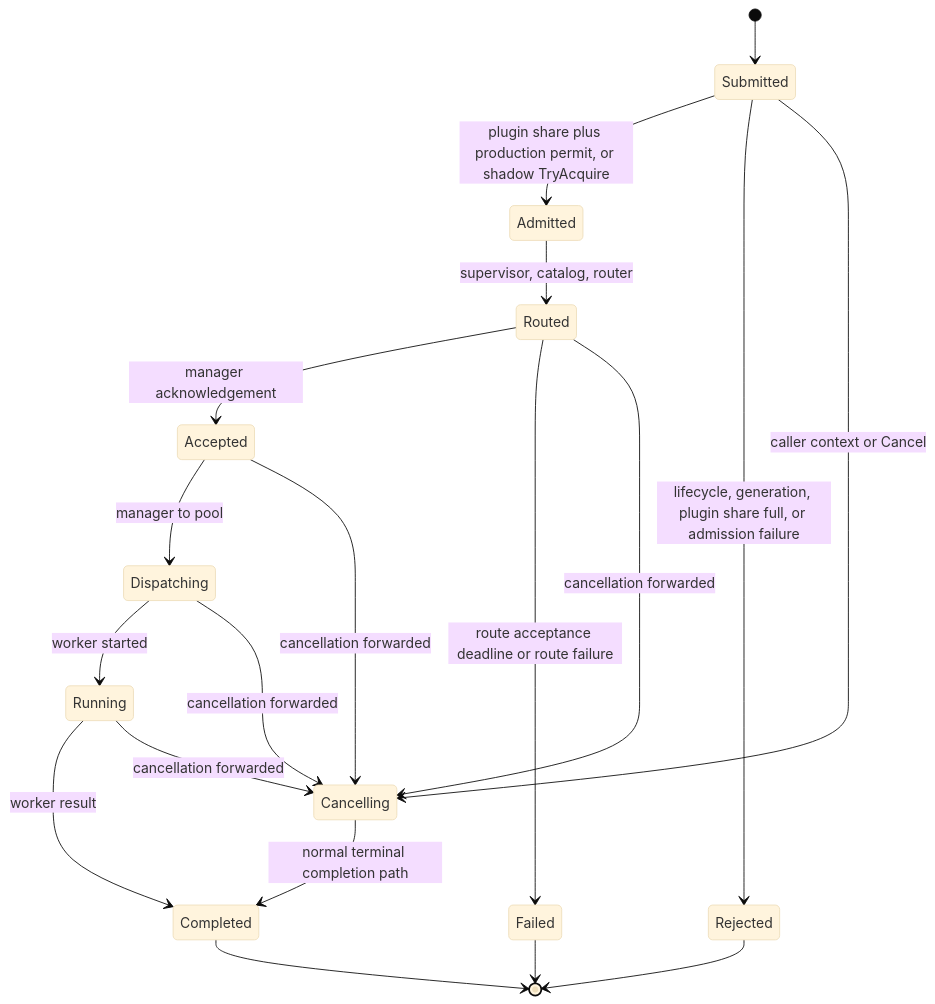
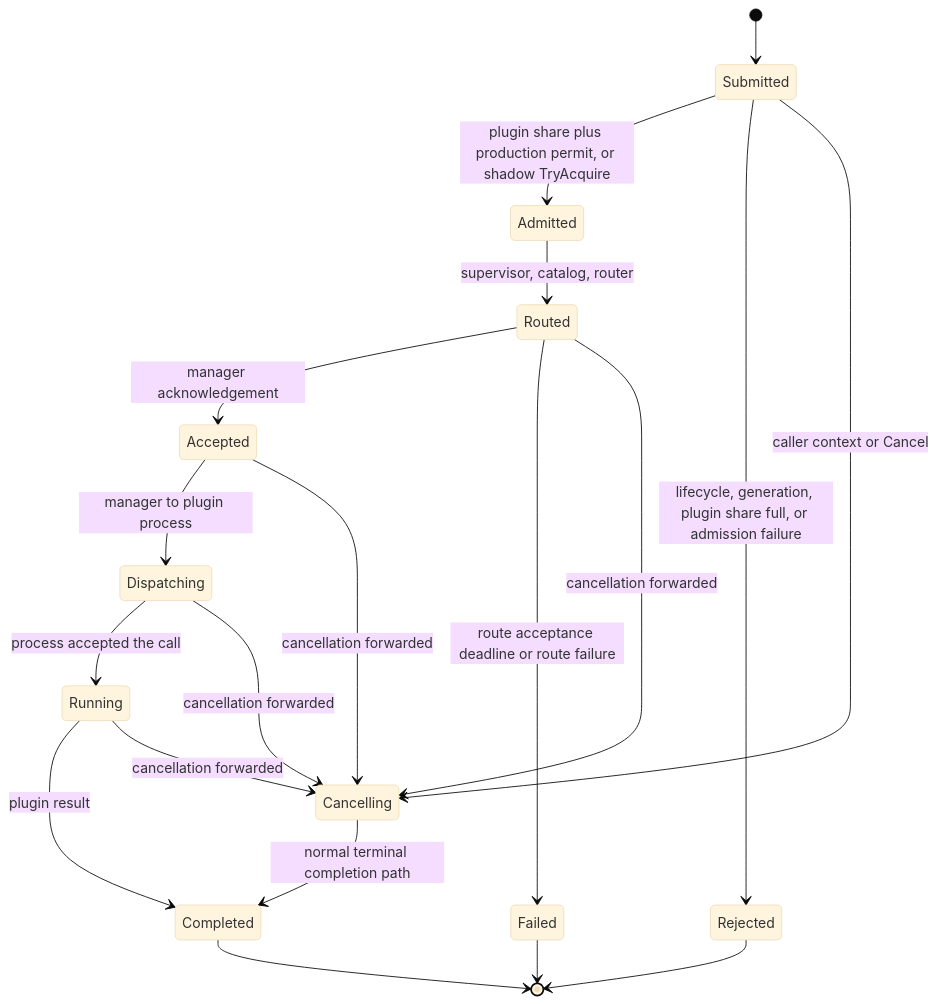
One commit to HarishHary/blink changed diagram 14 of 14 in docs/internals/plugin-runtime.md. Above: the diagram before and after it, drawn with Mermaid (base theme). The commit also changed other lines of this file and 2 other files, not shown here.

````diff
--- a/docs/internals/plugin-runtime.md
+++ b/docs/internals/plugin-runtime.md
@@ -542,21 +550,21 @@
 ```mermaid
 stateDiagram-v2
     [*] --> Submitted
     Submitted --> Admitted: plugin share plus production permit, or shadow TryAcquire
     Submitted --> Rejected: lifecycle, generation, plugin share full, or admission failure
     Admitted --> Routed: supervisor, catalog, router
     Routed --> Accepted: manager acknowledgement
     Routed --> Failed: route acceptance deadline or route failure
-    Accepted --> Dispatching: manager to pool
-    Dispatching --> Running: worker started
-    Running --> Completed: worker result
+    Accepted --> Dispatching: manager to plugin process
+    Dispatching --> Running: process accepted the call
+    Running --> Completed: plugin result
     Submitted --> Cancelling: caller context or Cancel
     Routed --> Cancelling: cancellation forwarded
     Accepted --> Cancelling: cancellation forwarded
     Dispatching --> Cancelling: cancellation forwarded
     Running --> Cancelling: cancellation forwarded
     Cancelling --> Completed: normal terminal completion path
     Completed --> [*]
     Failed --> [*]
     Rejected --> [*]
 ```
````
